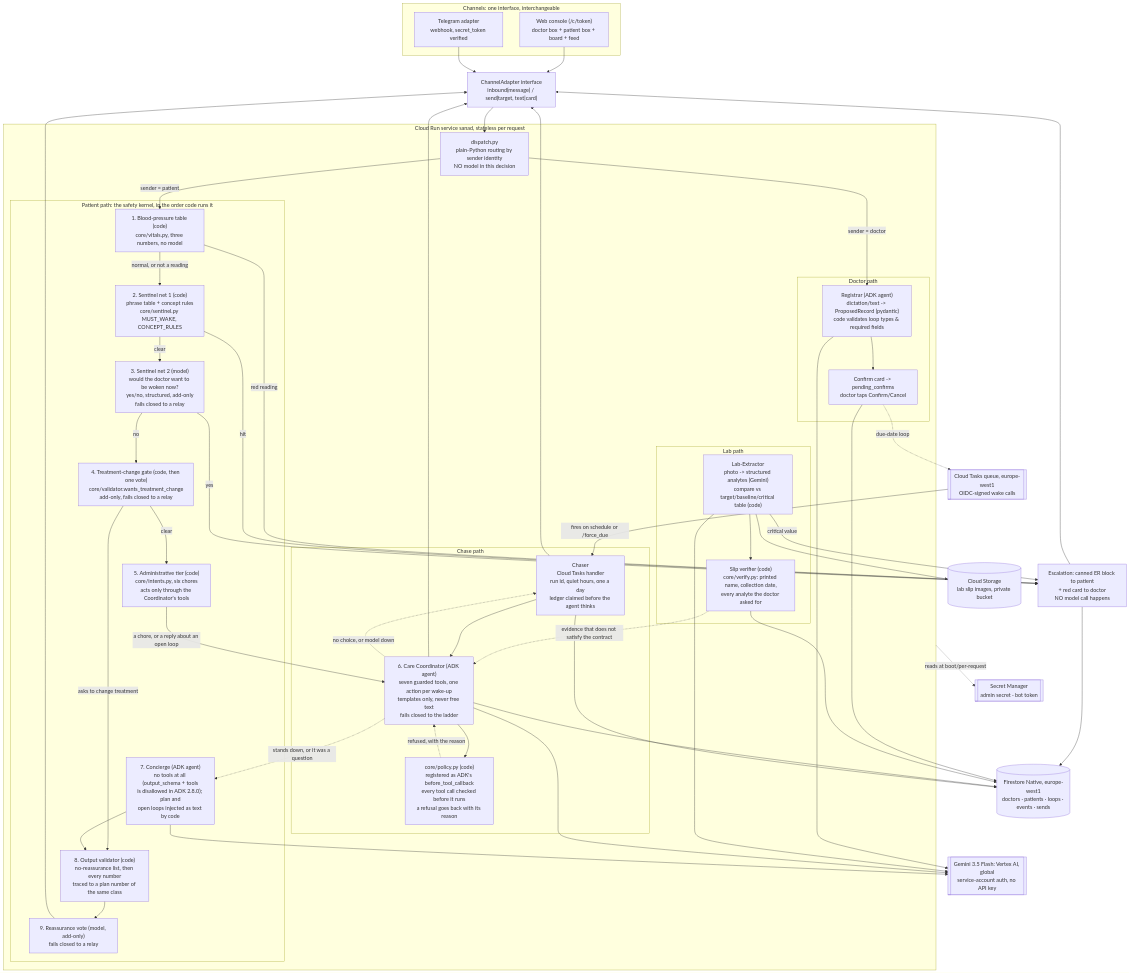
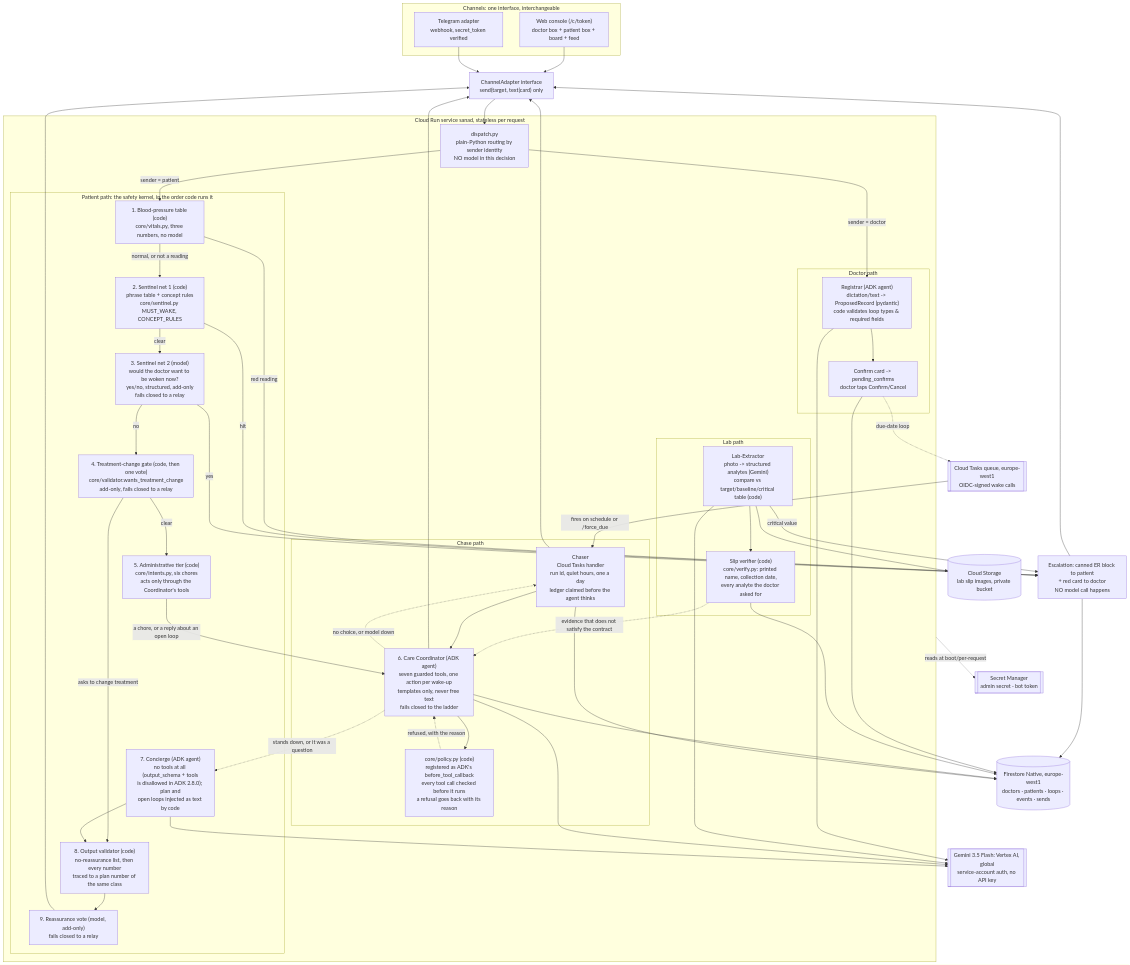
The diagram in docs/ARCHITECTURE.md (drmohpioneer/sanad), drawn with Mermaid before and after one commit. The commit also changed other lines of this file and 53 other files, not shown here.

```diff
--- a/docs/ARCHITECTURE.md
+++ b/docs/ARCHITECTURE.md
@@ -29,7 +29,7 @@
         TG["Telegram adapter<br/>webhook, secret_token verified"]
     end
 
-    ADAPT["ChannelAdapter interface<br/>inbound(message) / send(target, text|card)"]
+    ADAPT["ChannelAdapter interface<br/>send(target, text|card) only"]
 
     subgraph core["Cloud Run service sanad, stateless per request"]
         DISPATCH["dispatch.py<br/>plain-Python routing by sender identity<br/>NO model in this decision"]
```
